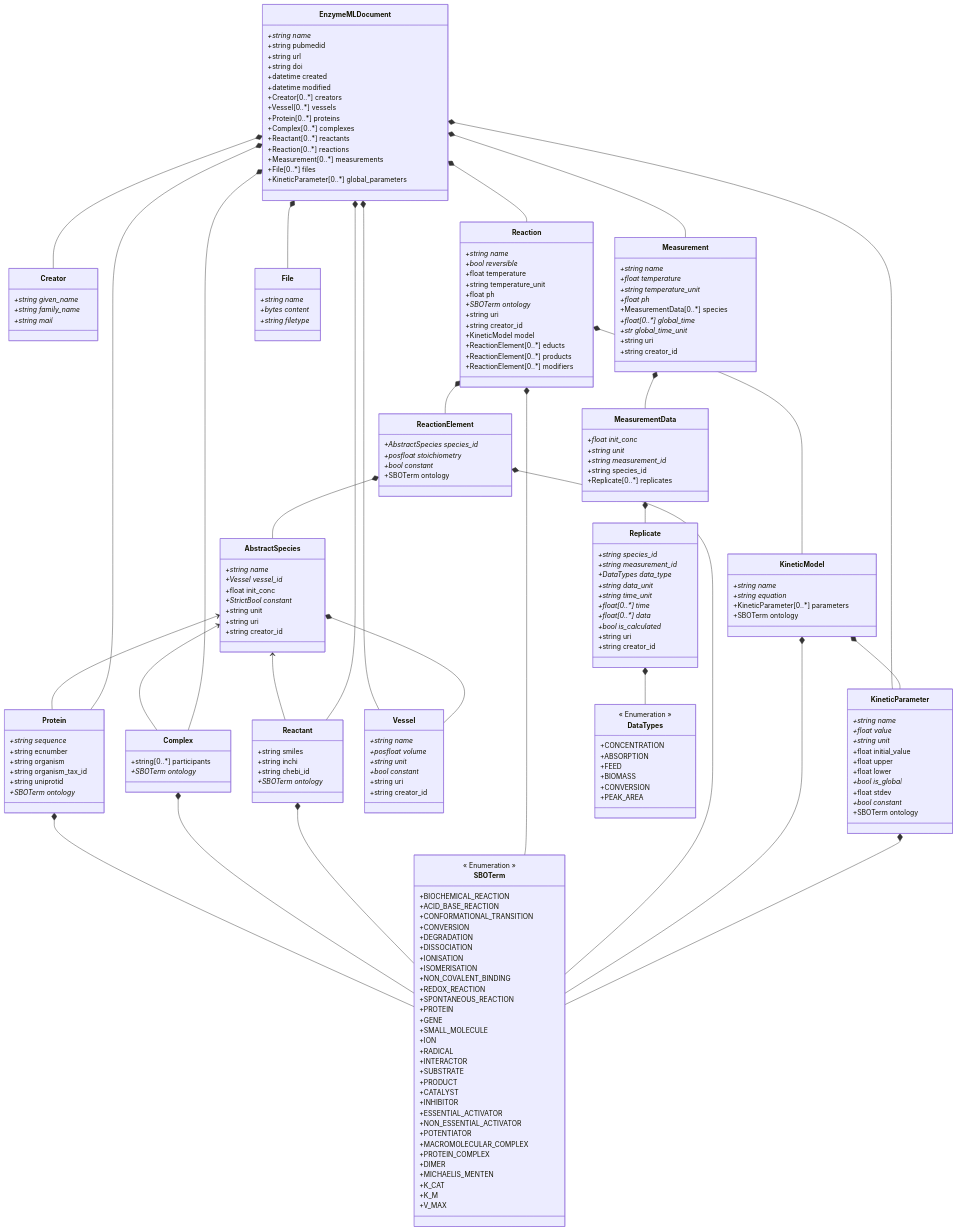
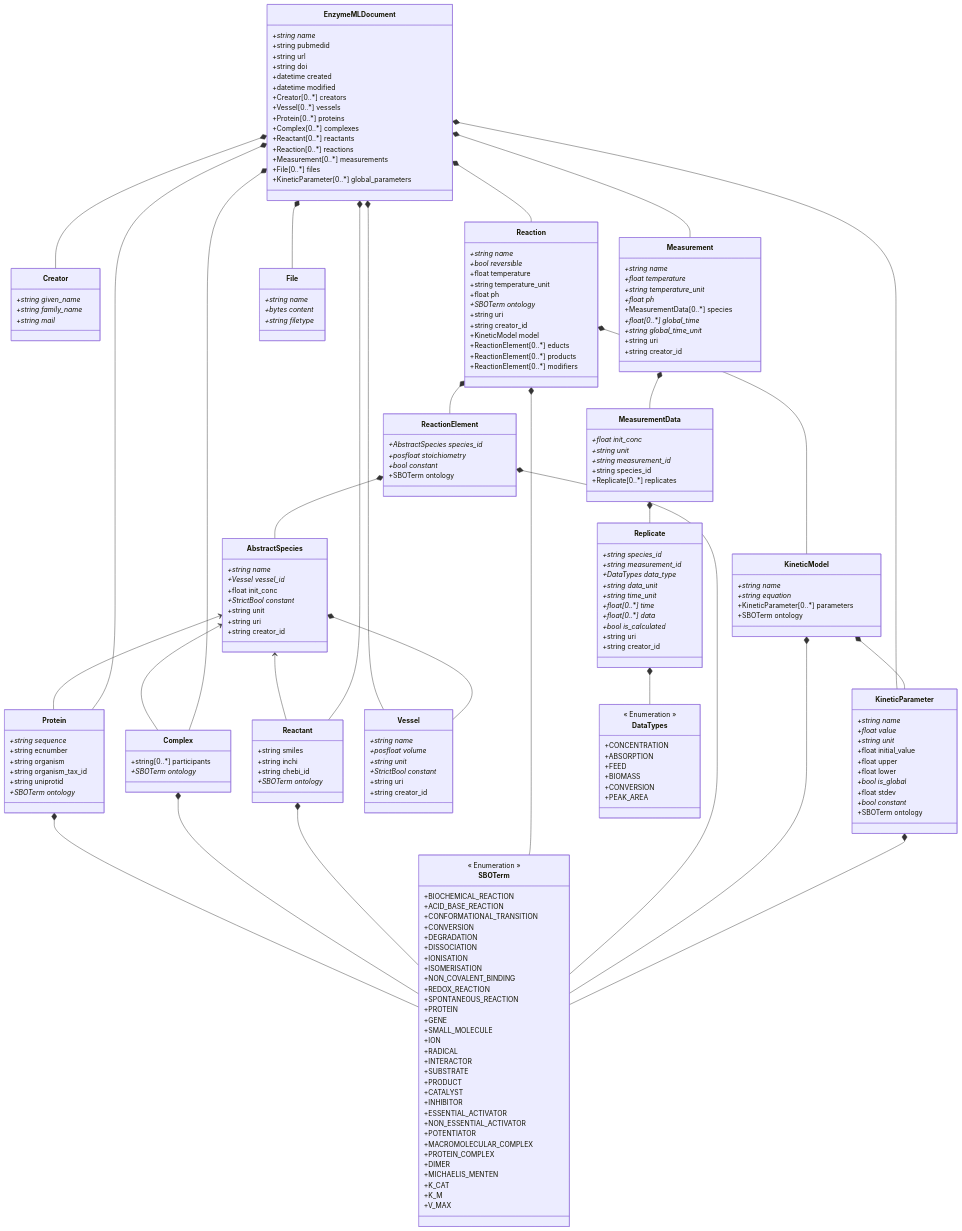
The diagram in PyEnzyme/schemes/pyenzyme_schema.md (EnzymeML/enzymeml-specifications), drawn with Mermaid before and after one commit. The commit also changed 16 other files, not shown here.

```diff
--- a/PyEnzyme/schemes/pyenzyme_schema.md
+++ b/PyEnzyme/schemes/pyenzyme_schema.md
@@ -56,7 +56,7 @@
         +string name*
         +posfloat volume*
         +string unit*
-        +bool constant*
+        +StrictBool constant*
         +string uri
         +string creator_id
     }
@@ -141,7 +141,7 @@
         +float ph*
         +MeasurementData[0..*] species
         +float[0..*] global_time*
-        +str global_time_unit*
+        +string global_time_unit*
         +string uri
         +string creator_id
     }
```
